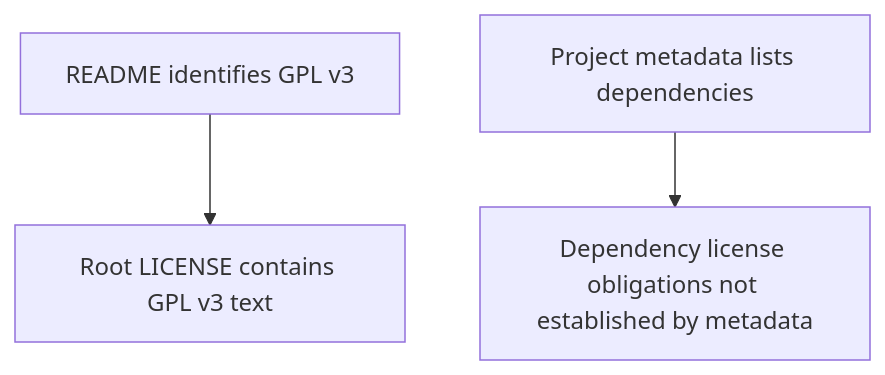
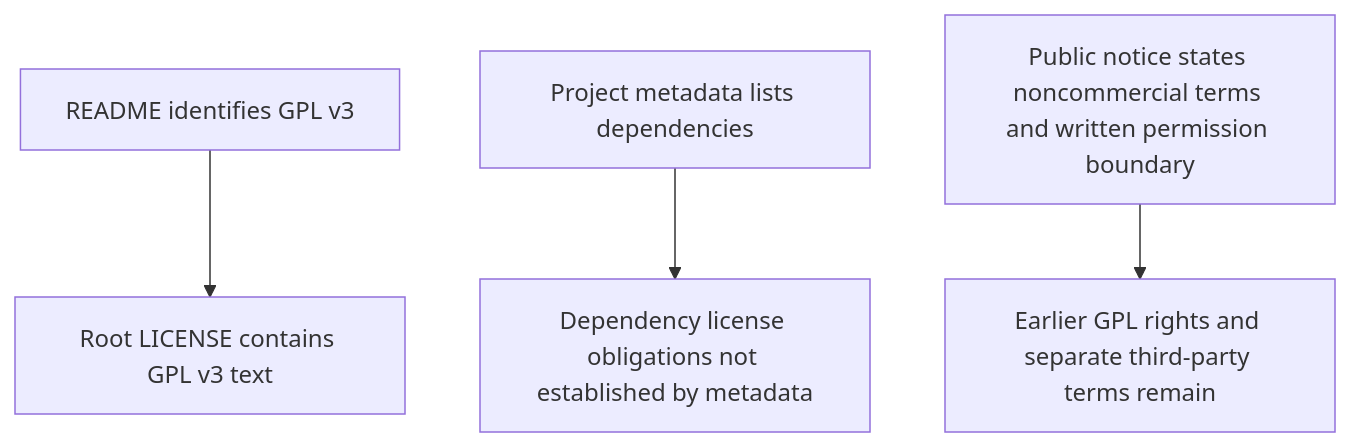
Before and after one commit to KarlSideProjects/hwmonitor-mqtt: the diagram in docs/flows/sender.license.mmd, drawn with Mermaid. The commit also changed 6 other files, not shown here.

Commit message:
docs: map candidate inspection and public release boundary

```diff
--- a/docs/flows/sender.license.mmd
+++ b/docs/flows/sender.license.mmd
@@ -1,7 +1,10 @@
 flowchart TD
     A["README identifies GPL v3"]
     B["Root LICENSE contains GPL v3 text"]
     C["Project metadata lists dependencies"]
     D["Dependency license obligations not established by metadata"]
+    E["Public notice states noncommercial terms and written permission boundary"]
+    F["Earlier GPL rights and separate third-party terms remain"]
+    E --> F
     A --> B
     C --> D
```
